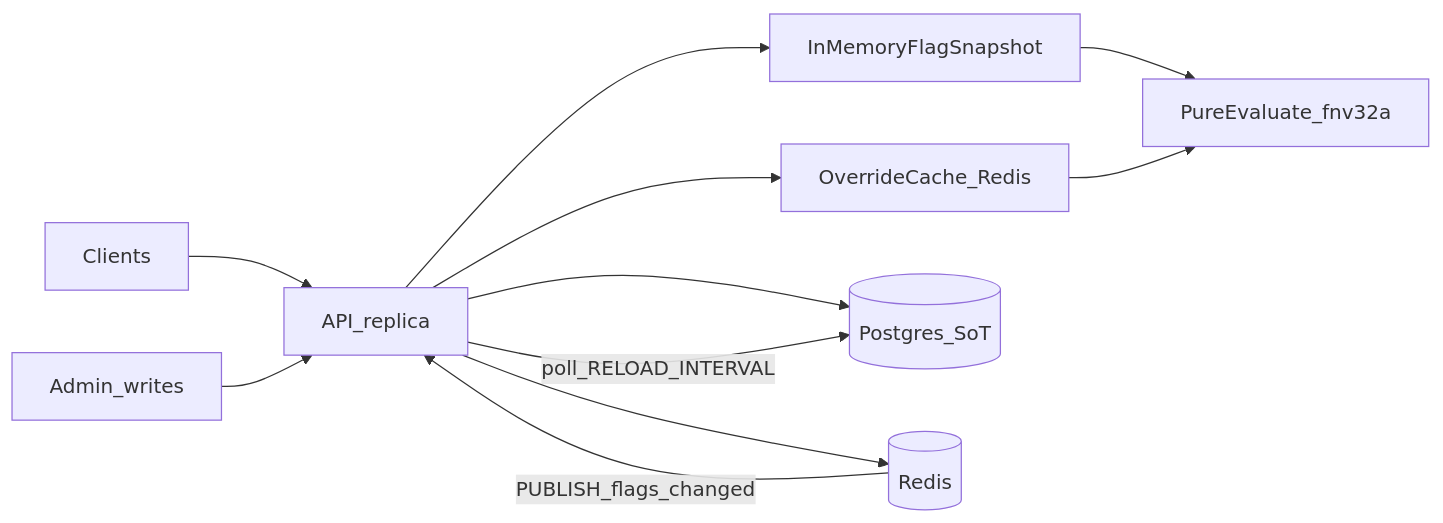
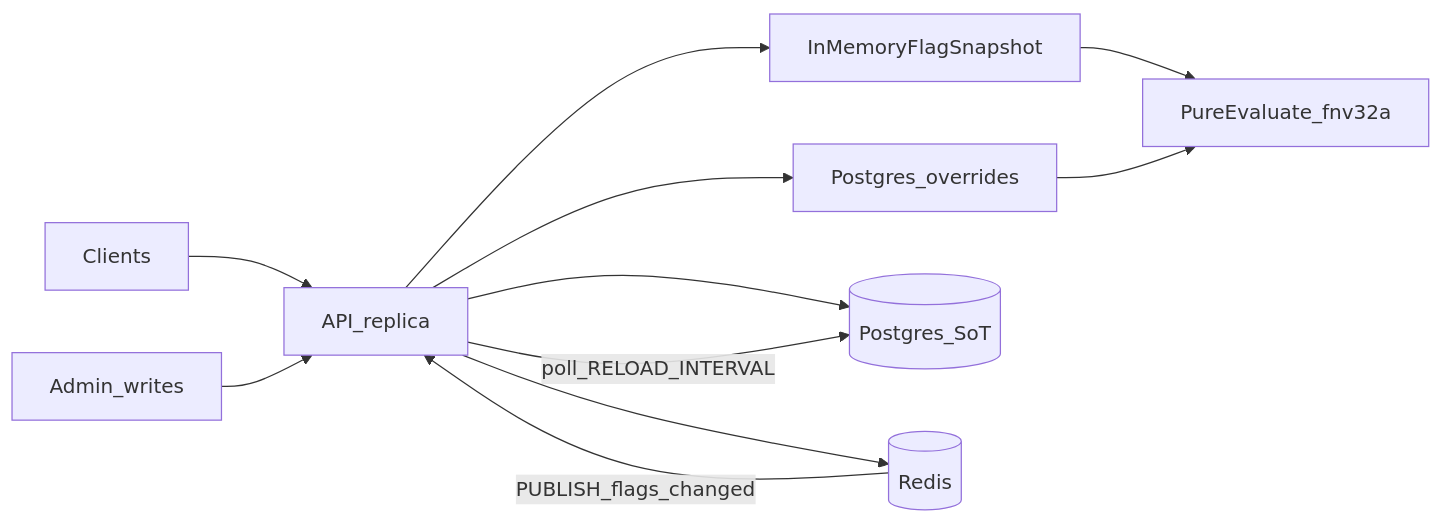
The diagram in docs/architecture.md (ductringuyen-0618/feature-flag-api), drawn with Mermaid before and after one commit. The commit also changed other lines of this file and 1 other file, not shown here.

First line of the commit message:
docs: explain hard system-design cases in architecture

````diff
--- a/docs/architecture.md
+++ b/docs/architecture.md
@@ -5,13 +8,13 @@
 ```mermaid
 flowchart LR
   clients[Clients] --> api[API_replica]
   api --> snap[InMemoryFlagSnapshot]
-  api --> ovr[OverrideCache_Redis]
+  api --> pgOvr[Postgres_overrides]
   snap --> eval[PureEvaluate_fnv32a]
-  ovr --> eval
+  pgOvr --> eval
   writes[Admin_writes] --> api
   api --> pg[(Postgres_SoT)]
   api --> redis[(Redis)]
   redis -->|PUBLISH_flags_changed| api
   api -->|poll_RELOAD_INTERVAL| pg
 ```
````
